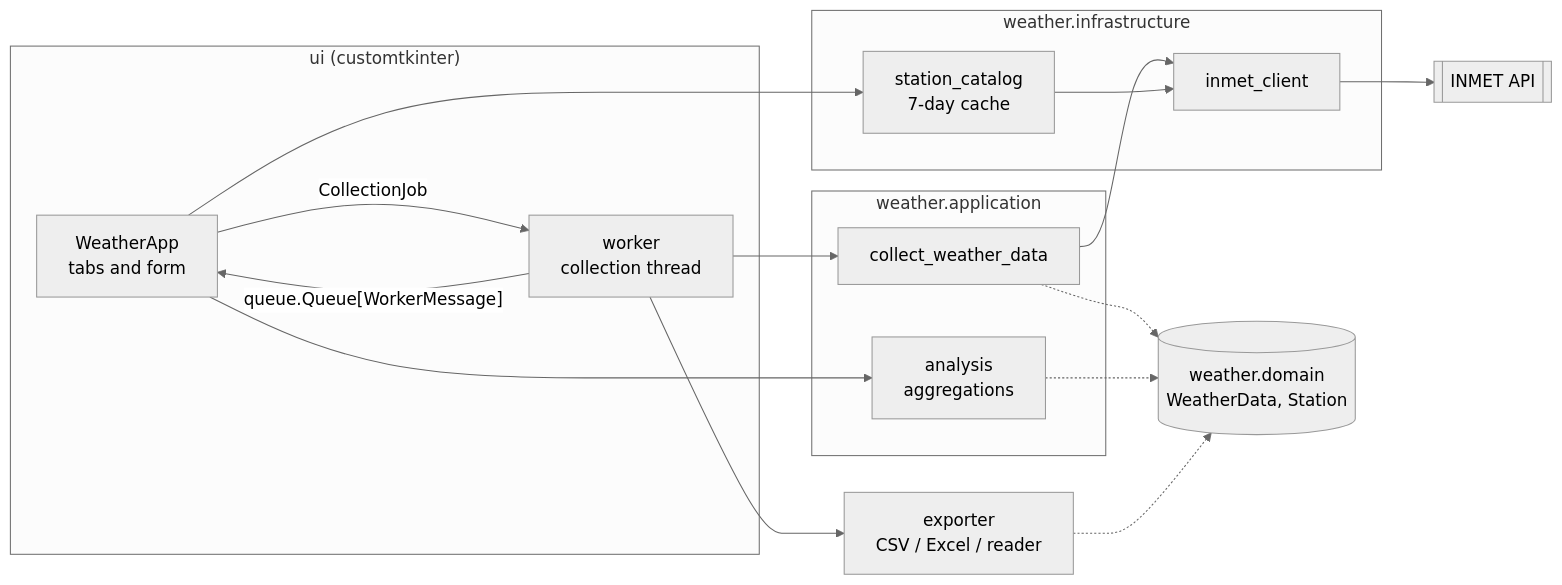
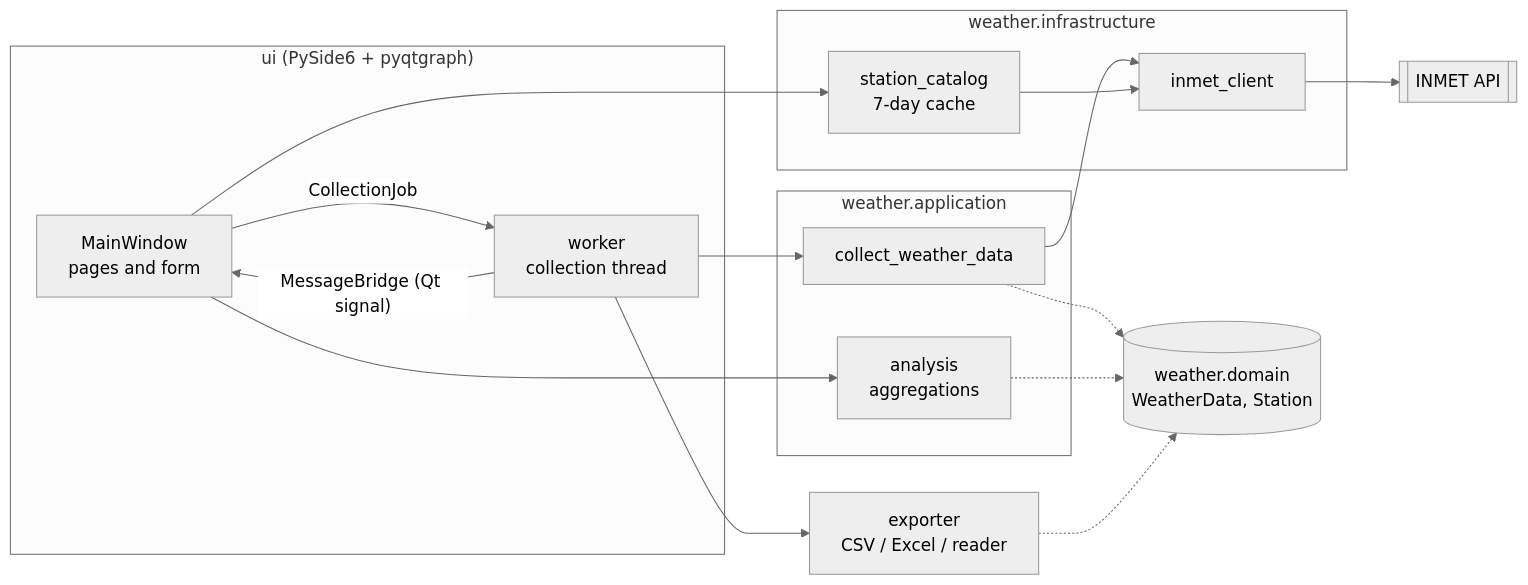
The diagram in README.en.md (PaulitoRenatito/GeoclimaProject), drawn with Mermaid (neutral theme) before and after one commit. The commit also changed other lines of this file and 53 other files, not shown here.

First line of the commit message:
refactor!: replace the customtkinter UI with PySide6

````diff
--- a/README.en.md
+++ b/README.en.md
@@ -53,26 +53,26 @@
 ```mermaid
 flowchart LR
-    subgraph UI["ui (customtkinter)"]
-        App[WeatherApp<br/>tabs and form]
+    subgraph UI["ui (PySide6 + pyqtgraph)"]
+        App[MainWindow<br/>pages and form]
         Worker[worker<br/>collection thread]
     end
     subgraph APP["weather.application"]
         Collect[collect_weather_data]
         Analysis[analysis<br/>aggregations]
     end
     subgraph INFRA["weather.infrastructure"]
         Client[inmet_client]
         Catalog[station_catalog<br/>7-day cache]
     end
     Domain[(weather.domain<br/>WeatherData, Station)]
     Exporter[exporter<br/>CSV / Excel / reader]
     INMET[[INMET API]]
 
     App -- CollectionJob --> Worker
-    Worker -- "queue.Queue[WorkerMessage]" --> App
+    Worker -- "MessageBridge (Qt signal)" --> App
     Worker --> Collect --> Client --> INMET
     Worker --> Exporter
     App --> Catalog --> Client
     App --> Analysis
     Collect & Analysis & Exporter -.-> Domain
 ```
````
